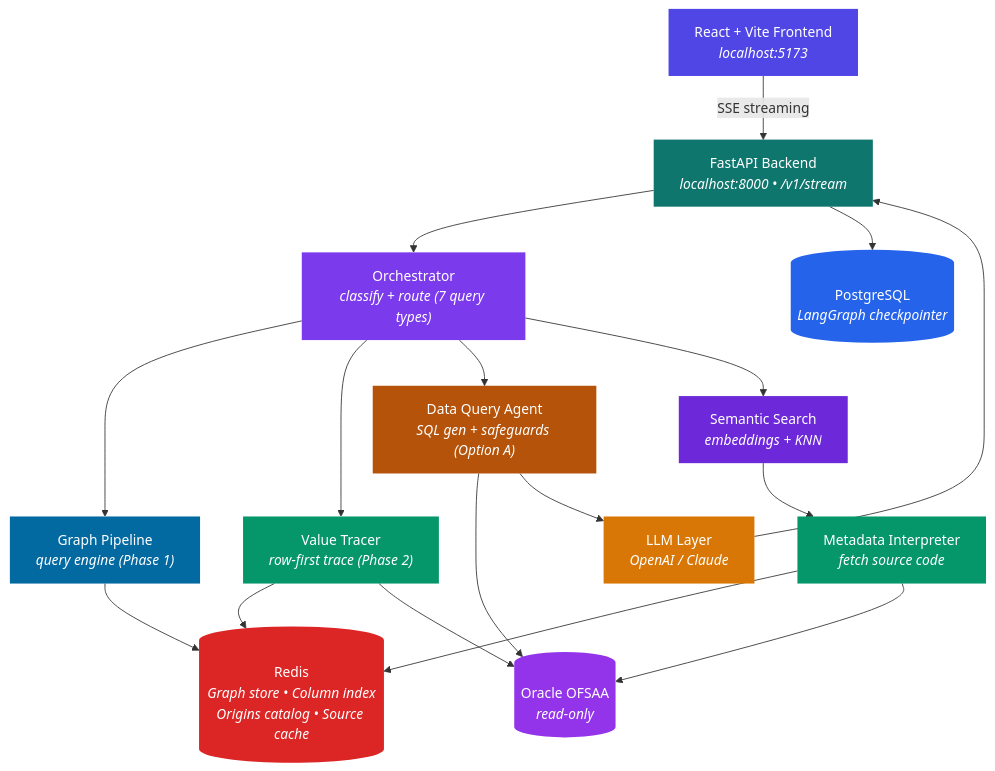
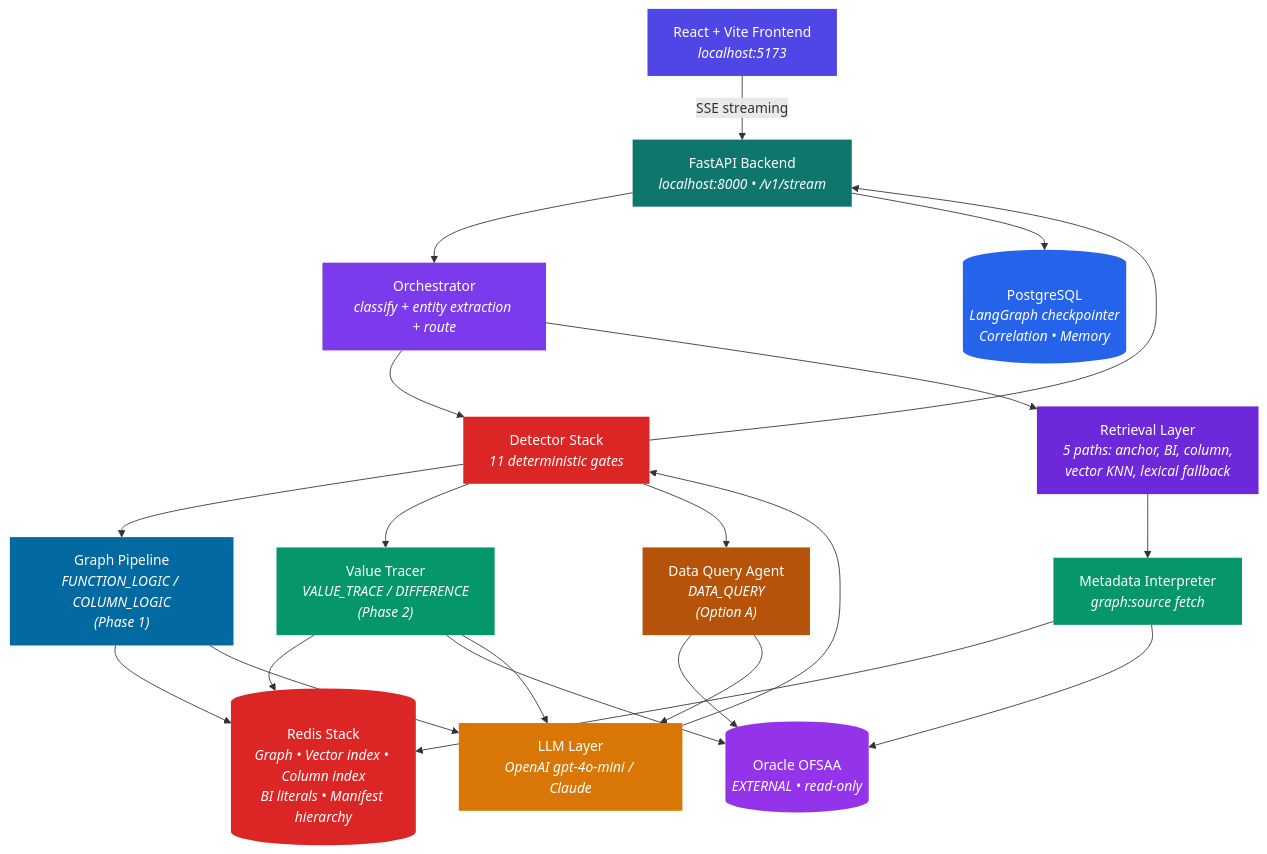
Before and after one commit to OsamaAdeel/R-TIE: the first of 9 diagrams in README.md, drawn with Mermaid. The commit also changed other lines of this file, not shown here.

````diff
--- a/README.md
+++ b/README.md
@@ -227,45 +254,51 @@
 ```mermaid
 graph TB
     UI["React + Vite Frontend<br/><i>localhost:5173</i>"]
-    API["FastAPI Backend<br/><i>localhost:8000 &bull; /v1/stream</i>"]
-    ORC["Orchestrator<br/><i>classify + route (7 query types)</i>"]
-    GP["Graph Pipeline<br/><i>query engine (Phase 1)</i>"]
-    VT["Value Tracer<br/><i>row-first trace (Phase 2)</i>"]
-    DQ["Data Query Agent<br/><i>SQL gen + safeguards (Option A)</i>"]
-    LLM["LLM Layer<br/><i>OpenAI / Claude</i>"]
-    SS["Semantic Search<br/><i>embeddings + KNN</i>"]
-    MI["Metadata Interpreter<br/><i>fetch source code</i>"]
-    REDIS[("Redis<br/><i>Graph store &bull; Column index<br/>Origins catalog &bull; Source cache</i>")]
-    PG[("PostgreSQL<br/><i>LangGraph checkpointer</i>")]
-    ORACLE[("Oracle OFSAA<br/><i>read-only</i>")]
+    API["FastAPI Backend<br/><i>localhost:8000 • /v1/stream</i>"]
+    ORC["Orchestrator<br/><i>classify + entity extraction + route</i>"]
+    DET["Detector Stack<br/><i>11 deterministic gates</i>"]
+    GP["Graph Pipeline<br/><i>FUNCTION_LOGIC / COLUMN_LOGIC<br/>(Phase 1)</i>"]
+    VT["Value Tracer<br/><i>VALUE_TRACE / DIFFERENCE<br/>(Phase 2)</i>"]
+    DQ["Data Query Agent<br/><i>DATA_QUERY<br/>(Option A)</i>"]
+    LLM["LLM Layer<br/><i>OpenAI gpt-4o-mini / Claude</i>"]
+    SS["Retrieval Layer<br/><i>5 paths: anchor, BI, column,<br/>vector KNN, lexical fallback</i>"]
+    MI["Metadata Interpreter<br/><i>graph:source fetch</i>"]
+    REDIS[("Redis Stack<br/><i>Graph • Vector index • Column index<br/>BI literals • Manifest hierarchy</i>")]
+    PG[("PostgreSQL<br/><i>LangGraph checkpointer<br/>Correlation • Memory</i>")]
+    ORACLE[("Oracle OFSAA<br/><i>EXTERNAL • read-only</i>")]
 
     UI -- "SSE streaming" --> API
     API --> ORC
-    ORC --> GP
-    ORC --> VT
-    ORC --> DQ
+    ORC --> DET
+    DET --> GP
+    DET --> VT
+    DET --> DQ
     ORC --> SS
     SS --> MI
     GP --> REDIS
     VT --> REDIS
     VT --> ORACLE
     DQ --> ORACLE
     DQ --> LLM
-    LLM --> API
+    GP --> LLM
+    VT --> LLM
+    LLM --> DET
+    DET --> API
     MI --> REDIS
     MI --> ORACLE
     API --> PG
 
     style UI fill:#4f46e5,color:#fff,stroke:none
     style API fill:#0f766e,color:#fff,stroke:none
     style ORC fill:#7c3aed,color:#fff,stroke:none
+    style DET fill:#dc2626,color:#fff,stroke:none
     style GP fill:#0369a1,color:#fff,stroke:none
     style VT fill:#059669,color:#fff,stroke:none
     style DQ fill:#b45309,color:#fff,stroke:none
     style LLM fill:#d97706,color:#fff,stroke:none
     style SS fill:#6d28d9,color:#fff,stroke:none
     style MI fill:#059669,color:#fff,stroke:none
     style REDIS fill:#dc2626,color:#fff,stroke:none
     style PG fill:#2563eb,color:#fff,stroke:none
     style ORACLE fill:#9333ea,color:#fff,stroke:none
 ```
````
